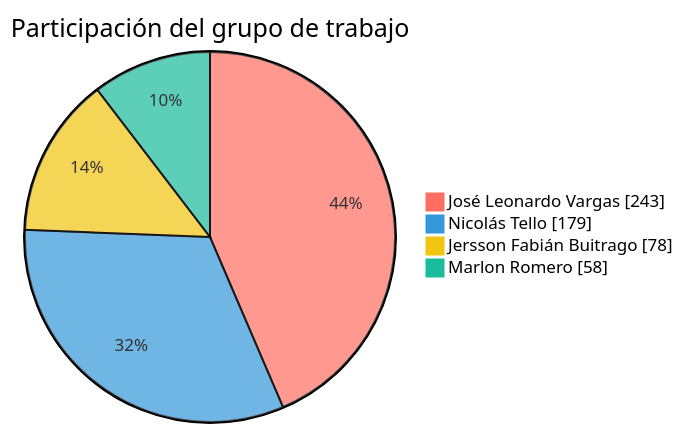
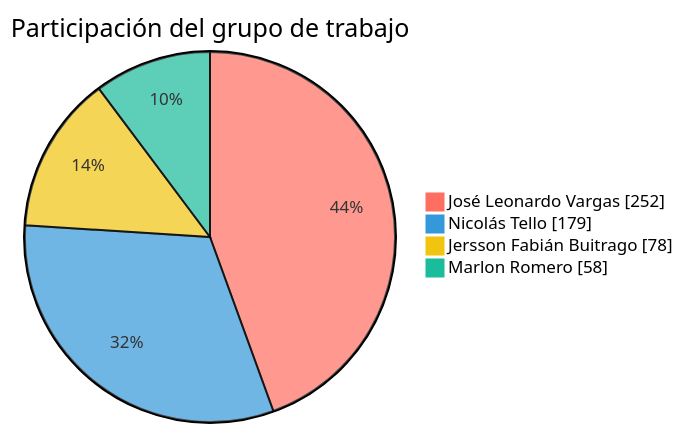
One commit to FarmaExpres/FarmaExpres changed the first of 2 diagrams in README.md. Above: the diagram before and after it, drawn with Mermaid. The commit also changed other lines of this file and 1 other file, not shown here.

````diff
--- a/README.md
+++ b/README.md
@@ -389,9 +389,9 @@
 ```mermaid
 %%{init: {"themeVariables": {"pie1": "#ff6f61", "pie2": "#3498db", "pie3": "#f1c40f", "pie4": "#1abc9c", "pieLabelColor": "#000000", "pieLabelFontSize": "24px", "pieLabelFontWeight": "700"}}}%%
 pie showData
     title Participación del grupo de trabajo
-    "José Leonardo Vargas" : 243
+    "José Leonardo Vargas" : 252
     "Nicolás Tello" : 179
     "Jersson Fabián Buitrago" : 78
     "Marlon Romero" : 58
 ```
````
